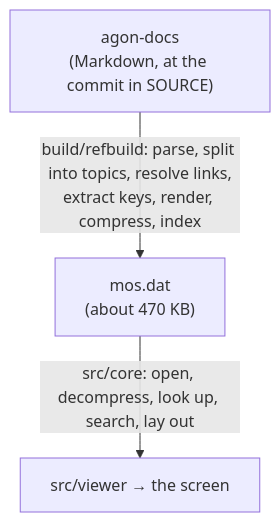
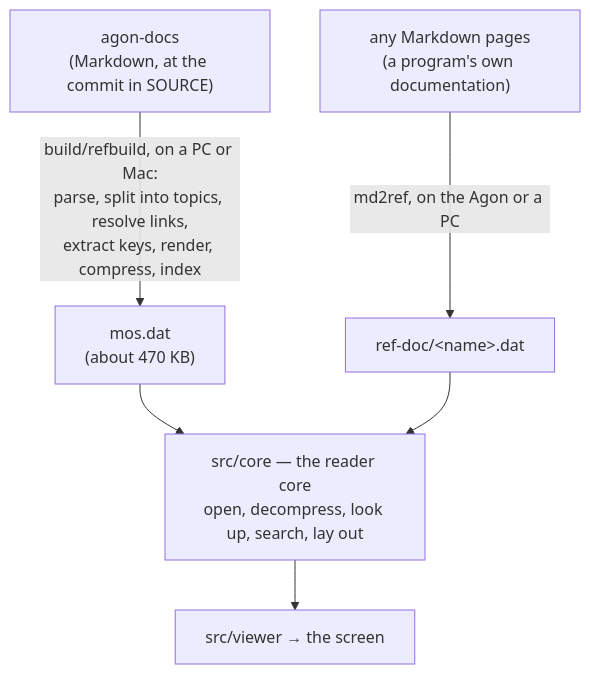
Before and after one commit to avalonbits/ref: the first of 7 diagrams in docs/DESIGN.md, drawn with Mermaid. The commit also changed other lines of this file, not shown here.

First line of the commit message:
docs: the design drawn in Mermaid, as acc's, zap's and ade's are

````diff
--- a/docs/DESIGN.md
+++ b/docs/DESIGN.md
@@ -12,8 +12,14 @@
 ```mermaid
 flowchart TD
-    src["agon-docs<br>(Markdown, at the commit in SOURCE)"]
-    dat["mos.dat<br>(about 470 KB)"]
+    docs["agon-docs<br/>(Markdown, at the commit in SOURCE)"]
+    pages["any Markdown pages<br/>(a program's own documentation)"]
+    mos["mos.dat<br/>(about 470 KB)"]
+    dat["ref-doc/#lt;name#gt;.dat"]
+    core["src/core — the reader core<br/>open, decompress, look up, search, lay out"]
     screen["src/viewer → the screen"]
-    src -- "build/refbuild: parse, split into topics, resolve links,<br>extract keys, render, compress, index" --> dat
-    dat -- "src/core: open, decompress, look up, search, lay out" --> screen
+    docs -->|"build/refbuild, on a PC or Mac:<br/>parse, split into topics, resolve links,<br/>extract keys, render, compress, index"| mos
+    pages -->|"md2ref, on the Agon or a PC"| dat
+    mos --> core
+    dat --> core
+    core --> screen
 ```
````
